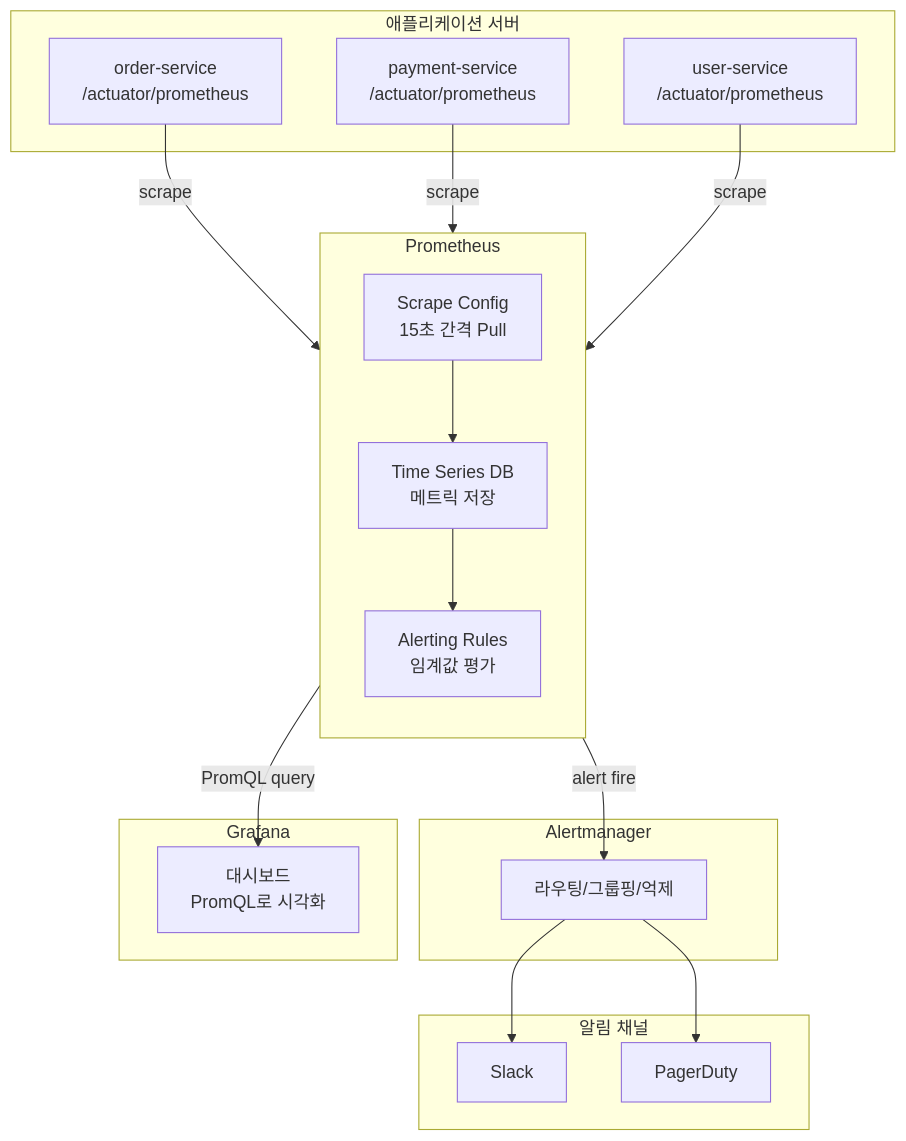
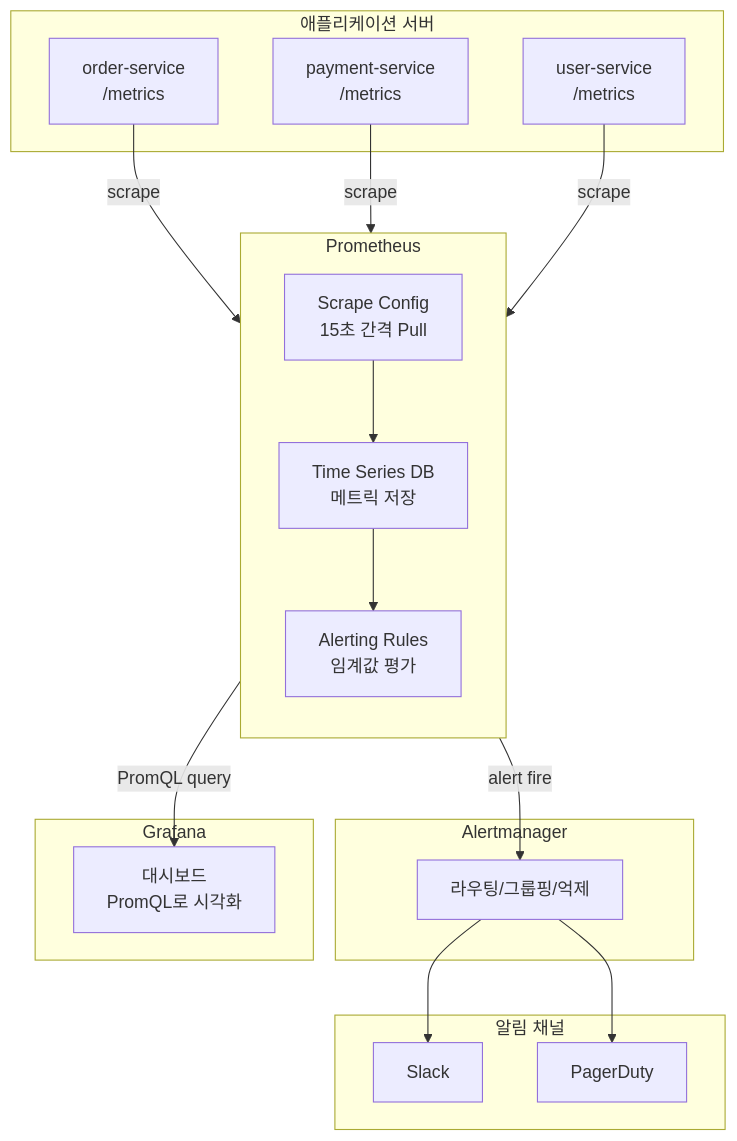
One commit to GYUTORY/YGSTUDY changed the second of 3 diagrams in Develop/Backend/Logging/Logging_and_Monitoring.md. Above: the diagram before and after it, drawn with Mermaid. The commit also changed other lines of this file and 6 other files, not shown here.

````diff
--- a/Develop/Backend/Logging/Logging_and_Monitoring.md
+++ b/Develop/Backend/Logging/Logging_and_Monitoring.md
@@ -280,38 +301,38 @@
 ```mermaid
 flowchart TB
     subgraph 애플리케이션 서버
-        APP1[order-service<br/>/actuator/prometheus]
-        APP2[payment-service<br/>/actuator/prometheus]
-        APP3[user-service<br/>/actuator/prometheus]
+        APP1[order-service<br/>/metrics]
+        APP2[payment-service<br/>/metrics]
+        APP3[user-service<br/>/metrics]
     end
 
     subgraph Prometheus
         direction TB
         SC[Scrape Config<br/>15초 간격 Pull]
         TSDB[Time Series DB<br/>메트릭 저장]
         RULE[Alerting Rules<br/>임계값 평가]
     end
 
     subgraph Alertmanager
         AM[라우팅/그룹핑/억제]
     end
 
     subgraph Grafana
         DASH[대시보드<br/>PromQL로 시각화]
     end
 
     subgraph 알림 채널
         SL[Slack]
         PD[PagerDuty]
     end
 
     APP1 -->|scrape| SC
     APP2 -->|scrape| SC
     APP3 -->|scrape| SC
     SC --> TSDB
     TSDB --> RULE
     RULE -->|alert fire| AM
     AM --> SL
     AM --> PD
     TSDB -->|PromQL query| DASH
 ```
````
